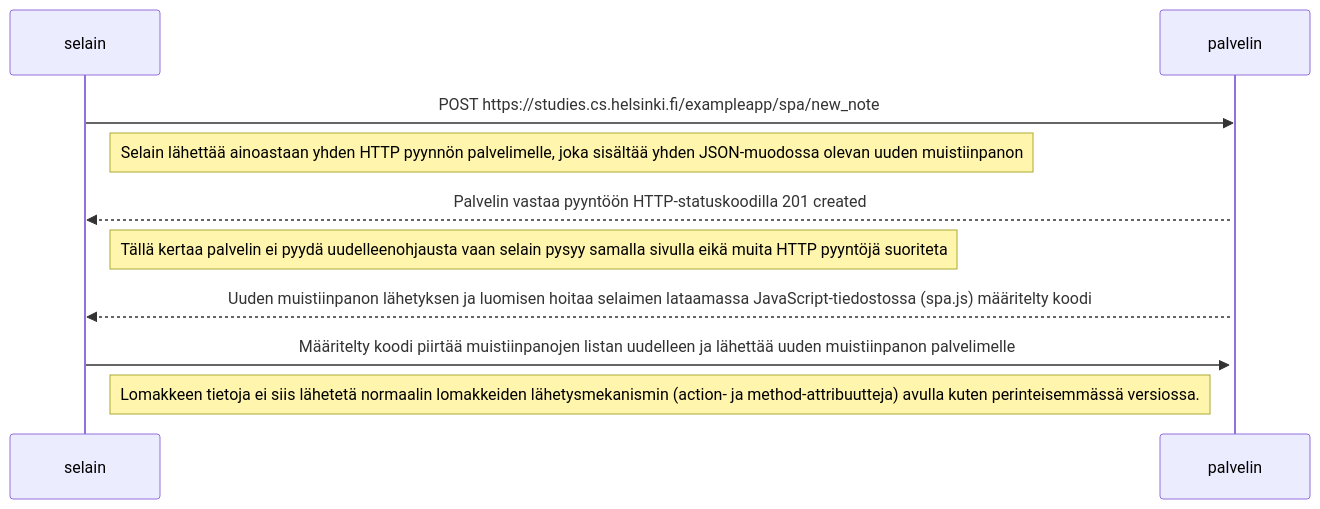
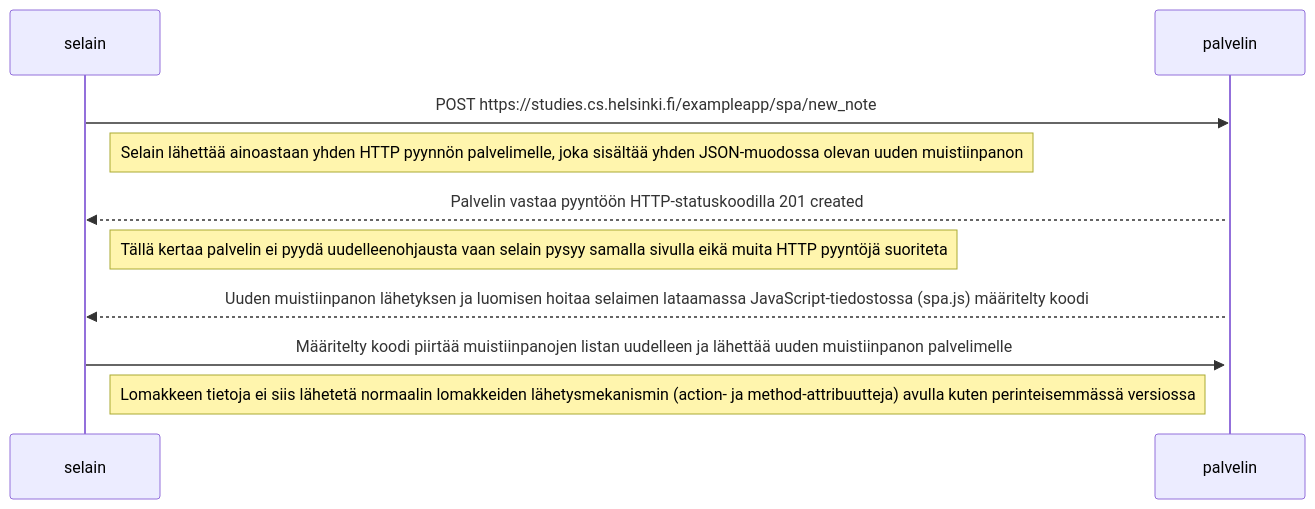
Before and after one commit to superjunnu/fullstackopen: the diagram in osa0/0.6/uusimuistiinpano_spa.md, drawn with Mermaid.

````diff
--- a/osa0/0.6/uusimuistiinpano_spa.md
+++ b/osa0/0.6/uusimuistiinpano_spa.md
@@ -1,22 +1,22 @@
 ```mermaid
 sequenceDiagram
     participant selain
     participant palvelin
     
     selain->>palvelin: POST https://studies.cs.helsinki.fi/exampleapp/spa/new_note
 
 Note right of selain: Selain lähettää ainoastaan yhden HTTP pyynnön palvelimelle, joka sisältää yhden JSON-muodossa olevan uuden muistiinpanon
 
     activate palvelin
     palvelin-->>selain: Palvelin vastaa pyyntöön HTTP-statuskoodilla 201 created
 
 Note right of selain: Tällä kertaa palvelin ei pyydä uudelleenohjausta vaan selain pysyy samalla sivulla eikä muita HTTP pyyntöjä suoriteta
     
  
     palvelin-->>selain: Uuden muistiinpanon lähetyksen ja luomisen hoitaa selaimen lataamassa JavaScript-tiedostossa (spa.js) määritelty koodi
     selain->>palvelin: Määritelty koodi piirtää muistiinpanojen listan uudelleen ja lähettää uuden muistiinpanon palvelimelle
 
-Note right of selain: Lomakkeen tietoja ei siis lähetetä normaalin lomakkeiden lähetysmekanismin (action- ja method-attribuutteja) avulla kuten perinteisemmässä versiossa. 
+Note right of selain: Lomakkeen tietoja ei siis lähetetä normaalin lomakkeiden lähetysmekanismin (action- ja method-attribuutteja) avulla kuten perinteisemmässä versiossa
 
   
 ```
````
